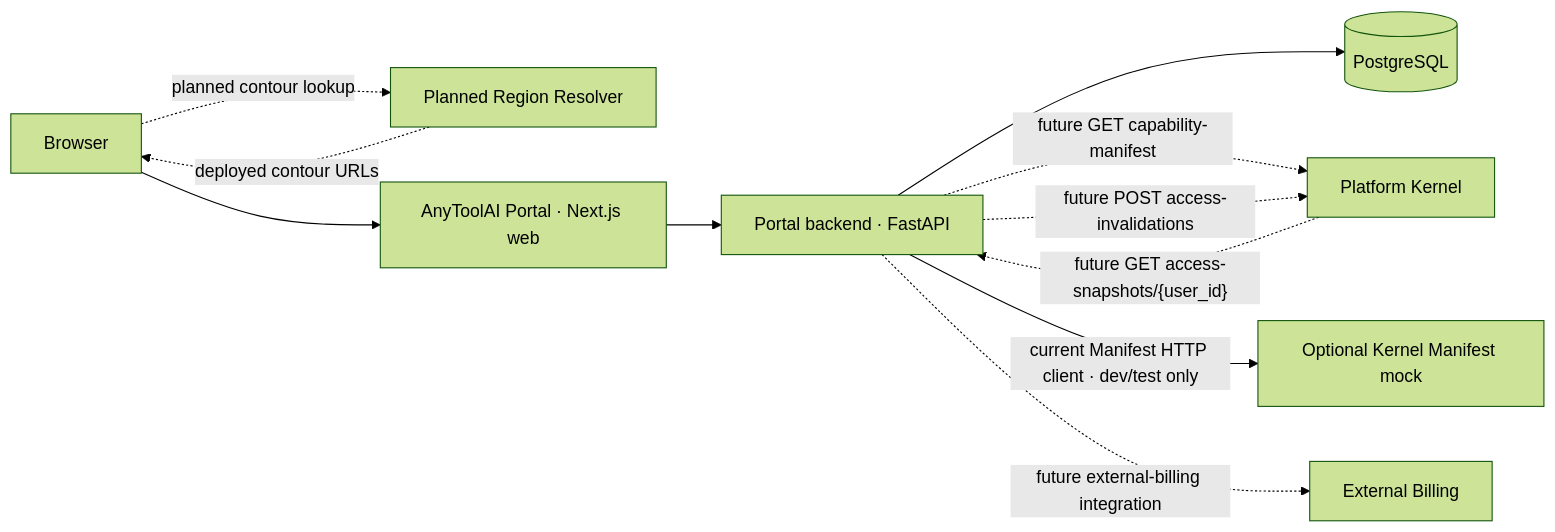
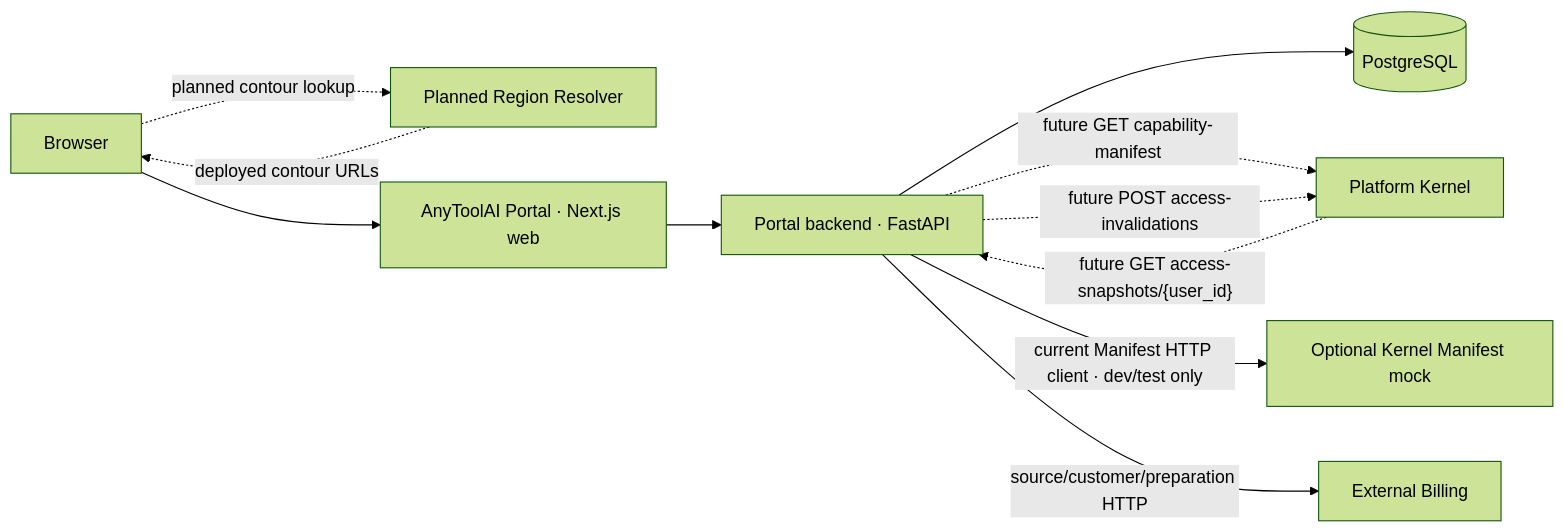
The diagram in ARCHITECTURE.md (gushinets/payments-portal), drawn with Mermaid (forest theme) before and after one commit. The commit also changed other lines of this file and 222 other files, not shown here.

````diff
--- a/ARCHITECTURE.md
+++ b/ARCHITECTURE.md
@@ -33,13 +32,13 @@
 ```mermaid
 flowchart LR
   Browser -. "planned contour lookup" .-> Resolver["Planned Region Resolver"]
   Resolver -. "deployed contour URLs" .-> Browser
   Browser --> Web["AnyToolAI Portal · Next.js web"]
   Web --> API["Portal backend · FastAPI"]
   API --> DB[("PostgreSQL")]
   API -. "future GET capability-manifest" .-> Kernel["Platform Kernel"]
   Kernel -. "future GET access-snapshots/{user_id}" .-> API
   API -. "future POST access-invalidations" .-> Kernel
   API -->|"current Manifest HTTP client · dev/test only"| Mock["Optional Kernel Manifest mock"]
-  API -. "future external-billing integration" .-> Billing["External Billing"]
+  API -->|"source/customer/preparation HTTP"| Billing["External Billing"]
 ```
````
